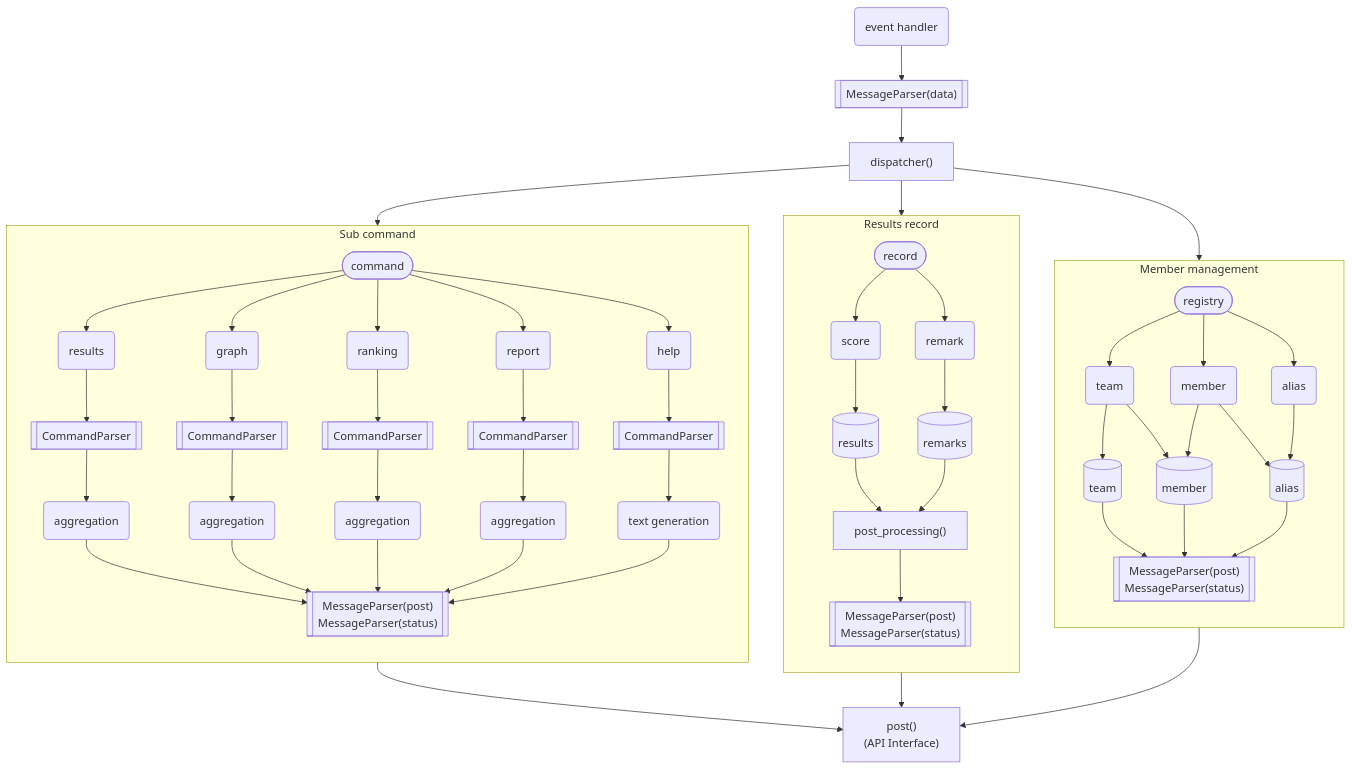
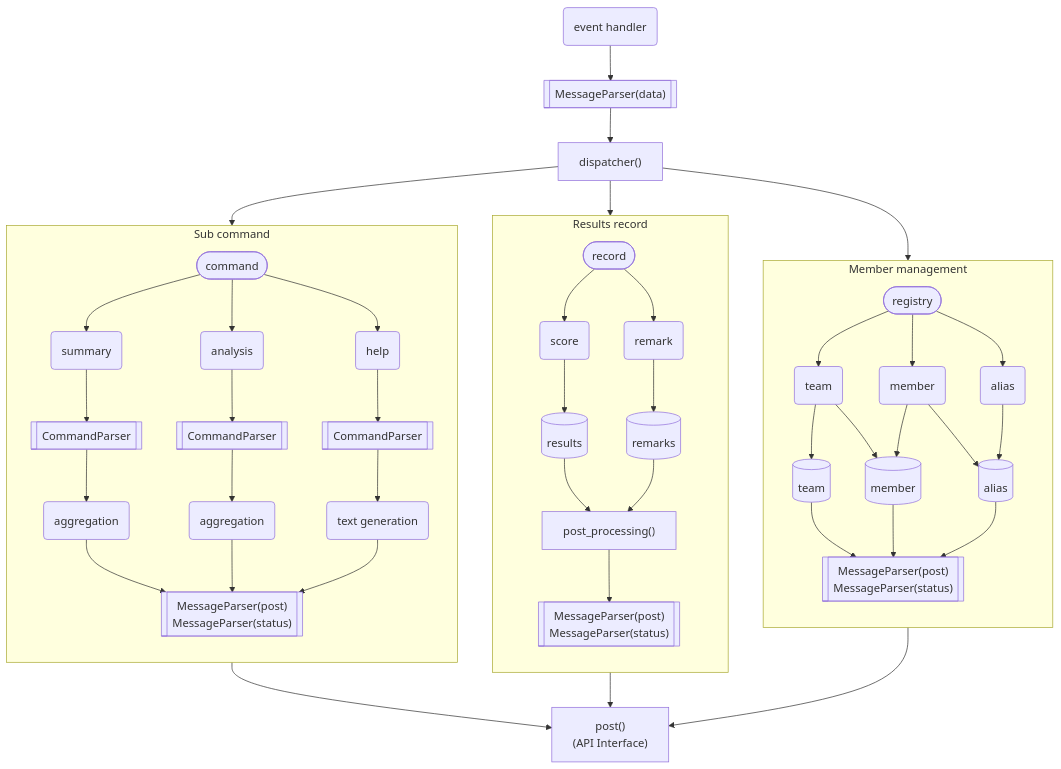
Before and after one commit to togakushi/mahjong-score-management: the first of 2 diagrams in docs/user/source/development/architecture.rst, drawn with Mermaid.

Commit message:
fix: Simplify command flowchart in architecture documentation

```diff
--- a/docs/user/source/development/architecture.rst
+++ b/docs/user/source/development/architecture.rst
@@ -4,37 +4,35 @@
 .. mermaid::
 
    flowchart TB
        event(event handler);
        m1[["MessageParser(data)"]];
 
        event --> m1 --> d["dispatcher()"] --> f1 & f2 & f3;
 
        subgraph f1[Sub command]
            direction TB
-           c([command]) --> sc1 & sc2 & sc3 & sc4 & sc5;
-           sc1(results) --> cp1[[CommandParser]] --> p1(aggregation);
-           sc2(graph) --> cp2[[CommandParser]] --> p2(aggregation);
-           sc3(ranking) --> cp3[[CommandParser]] --> p3(aggregation);
-           sc4(report) --> cp4[[CommandParser]] --> p4(aggregation);
-           sc5(help) --> cp5[[CommandParser]] --> p5(text generation);
-           p1 & p2 & p3 & p4 & p5 --> mp1[["MessageParser(post)<br>MessageParser(status)"]];
+           c([command]) --> sc1 & sc2 & sc3;
+           sc1(summary) --> cp1[[CommandParser]] --> p1(aggregation);
+           sc2(analysis) --> cp2[[CommandParser]] --> p2(aggregation);
+           sc3(help) --> cp3[[CommandParser]] --> p3(text generation);
+           p1 & p2 & p3 --> mp1[["MessageParser(post)<br>MessageParser(status)"]];
        end
 
        subgraph f2[Results record]
            direction TB
            r2([record]);
            r2 --> a1(score) --> results[(results)];
            r2 --> a2(remark) --> remarks[(remarks)];
            results & remarks --> pp2["post_processing()"] --> mp2[["MessageParser(post)<br>MessageParser(status)"]];
        end
 
        subgraph f3[Member management]
            direction TB
            r1([registry]);
            r1 --> a4(team) --> db2[(team)] & db1;
            r1 --> a3(member) --> db1[(member)] & db3[(alias)];
            r1 --> a5(alias) --> db3;
            db1 & db2 & db3  --> mp3[["MessageParser(post)<br>MessageParser(status)"]];
        end
 
        f1 & f2 & f3 --> post["post()<br>(API Interface)"];
```
